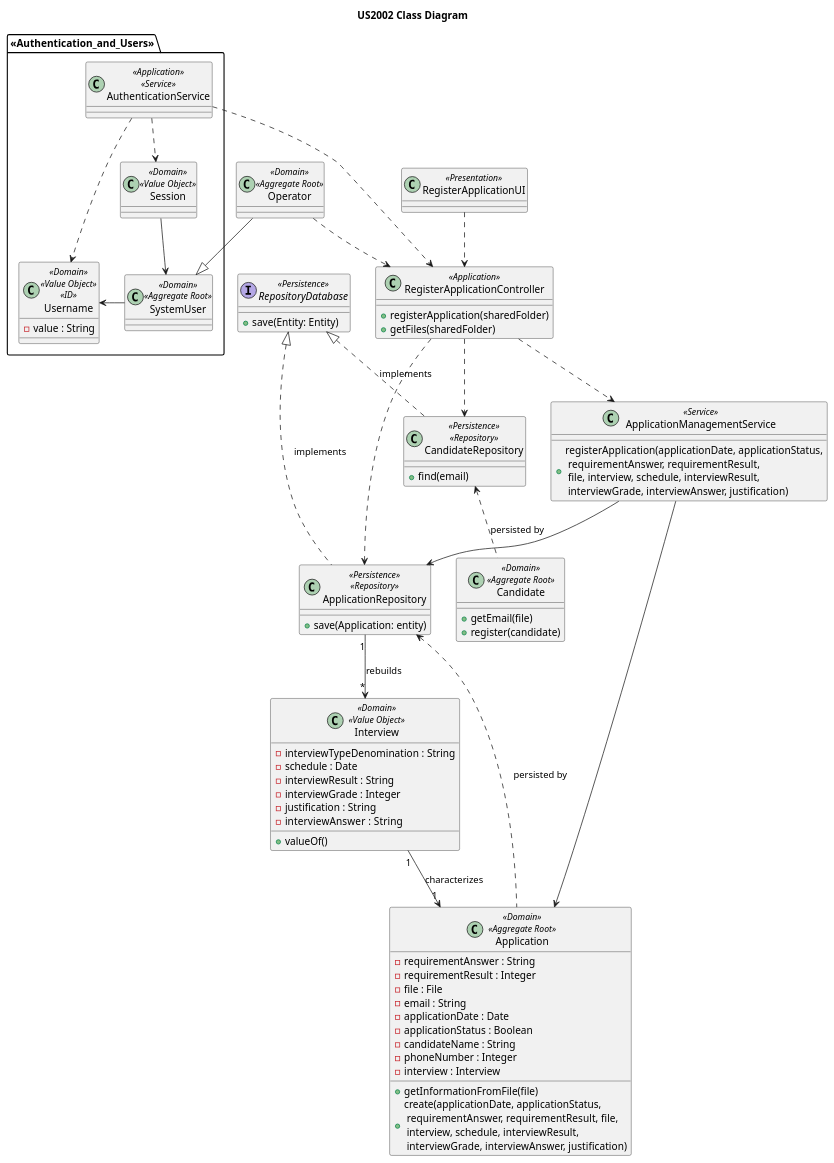
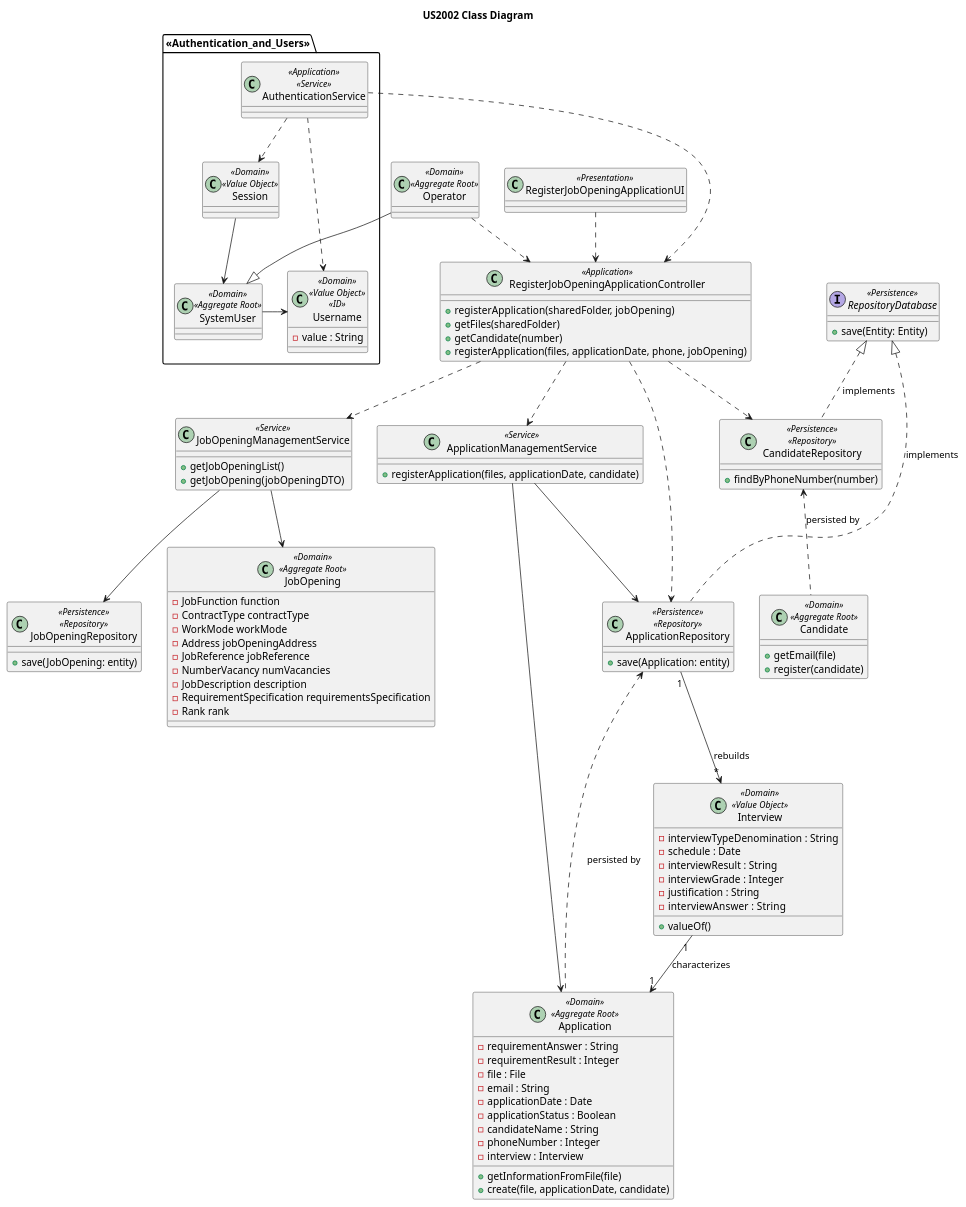
One commit to rita-barbosa/LAPR4-2324 changed the diagram in docs/sb_us_2002/us_2002_class_diagram.puml. Above: the diagram before and after it, drawn with PlantUML. The commit also changed 6 other files, not shown here.

```diff
--- a/docs/sb_us_2002/us_2002_class_diagram.puml
+++ b/docs/sb_us_2002/us_2002_class_diagram.puml
@@ -1,121 +1,148 @@
 @startuml US2002_class_diagram
 'https://plantuml.com/class-diagram
 
 title US2002 Class Diagram
 
 
 'package <<Presentation>> {
-class RegisterApplicationUI <<Presentation>> {
+class RegisterJobOpeningApplicationUI <<Presentation>> {
 }
 '}
 
 'package <<Application>> {
-class RegisterApplicationController <<Application>> {
-+ registerApplication(sharedFolder)
+class RegisterJobOpeningApplicationController <<Application>> {
++ registerApplication(sharedFolder, jobOpening)
 + getFiles(sharedFolder)
++ getCandidate(number)
++ registerApplication(files, applicationDate, phone, jobOpening)
 }
 '}
 
 
 'package <<Domain>> {
 'Requirements
 package <<Authentication_and_Users>> {
 class AuthenticationService <<Application>> <<Service>> {
 }
 class Session <<Domain>> <<Value Object>> {}
 class SystemUser <<Domain>> <<Aggregate Root>> {}
 class Username <<Domain>> <<Value Object>> <<ID>> {
 - value : String
 }
 }
 
+class JobOpening <<Domain>> <<Aggregate Root>> {
+- JobFunction function
+- ContractType contractType
+- WorkMode workMode
+- Address jobOpeningAddress
+- JobReference jobReference
+- NumberVacancy numVacancies
+- JobDescription description
+- RequirementSpecification requirementsSpecification
+- Rank rank
+}
+
 class Candidate <<Domain>> <<Aggregate Root>> {
 + getEmail(file)
 + register(candidate)
 }
 
 class Operator <<Domain>> <<Aggregate Root>> {}
+
+class JobOpeningManagementService <<Service>> {
++ getJobOpeningList()
++ getJobOpening(jobOpeningDTO)
+}
 
 
 class Application <<Domain>> <<Aggregate Root>> {
 - requirementAnswer : String
 - requirementResult : Integer
 - file : File
 - email : String
 - applicationDate : Date
 - applicationStatus : Boolean
 - candidateName : String
 - phoneNumber : Integer
 - interview : Interview
 
 + getInformationFromFile(file)
-+ create(applicationDate, applicationStatus,\n requirementAnswer, requirementResult, file,\n interview, schedule, interviewResult,\n interviewGrade, interviewAnswer, justification)
++ create(file, applicationDate, candidate)
 }
 
 class Interview <<Domain>> <<Value Object>> {
 - interviewTypeDenomination : String
 - schedule : Date
 - interviewResult : String
 - interviewGrade : Integer
 - justification : String
 - interviewAnswer :  String
 + valueOf()
 }
 
 'package <<Persistence>> {
 
 class ApplicationRepository <<Persistence>> <<Repository>> {
 + save(Application: entity)
 }
 
+class JobOpeningRepository <<Persistence>> <<Repository>> {
++ save(JobOpening: entity)
+}
+
 class CandidateRepository <<Persistence>> <<Repository>> {
-+ find(email)
++ findByPhoneNumber(number)
 }
 
 interface RepositoryDatabase <<Persistence>> {
 + save(Entity: Entity)
 }
 
 class ApplicationManagementService <<Service>> {
-+ registerApplication(applicationDate, applicationStatus,\n requirementAnswer, requirementResult,\n file, interview, schedule, interviewResult,\n interviewGrade, interviewAnswer, justification)
++ registerApplication(files, applicationDate, candidate)
 }
 
 
 '}
 
 'Associations
 'Basic Flow
-Operator ..> RegisterApplicationController
-RegisterApplicationUI ..> RegisterApplicationController
-RegisterApplicationController ..> ApplicationRepository
-RegisterApplicationController ..> CandidateRepository
-RegisterApplicationController ..> ApplicationManagementService
+Operator ..> RegisterJobOpeningApplicationController
+RegisterJobOpeningApplicationUI ..> RegisterJobOpeningApplicationController
+RegisterJobOpeningApplicationController ..> ApplicationRepository
+RegisterJobOpeningApplicationController ..> CandidateRepository
+RegisterJobOpeningApplicationController ..> ApplicationManagementService
+RegisterJobOpeningApplicationController ..> JobOpeningManagementService
 
 'Domain Layer
 Interview "1" --> "1" Application : characterizes
 
 
+
 ''Persistence Layer
+JobOpeningManagementService --> JobOpeningRepository
+JobOpeningManagementService --> JobOpening
 ApplicationManagementService --> ApplicationRepository
 ApplicationManagementService --> Application
 ApplicationRepository <.. Application : persisted by
 ApplicationRepository "1" --> "*" Interview : rebuilds
 
 CandidateRepository <.. Candidate : persisted by
 
 
 '
 ''Interface implementation
 RepositoryDatabase <|.. ApplicationRepository : implements
 RepositoryDatabase <|.. CandidateRepository : implements
 
 
 'Authentication
 Session --> SystemUser
 SystemUser -> Username
 AuthenticationService ..> Username
 AuthenticationService ..> Session
-AuthenticationService ..> RegisterApplicationController
+AuthenticationService ..> RegisterJobOpeningApplicationController
 Operator --|> SystemUser
 
 @enduml
```
